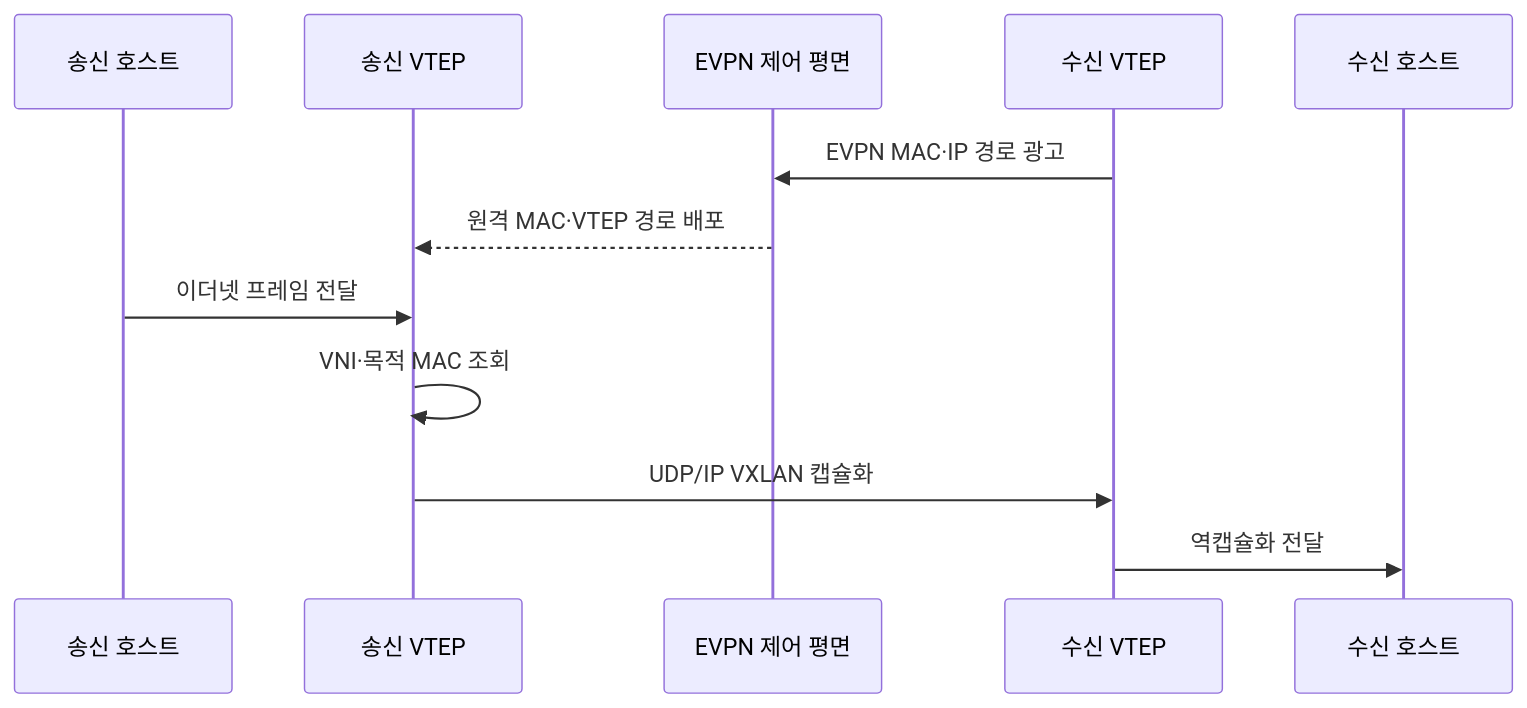
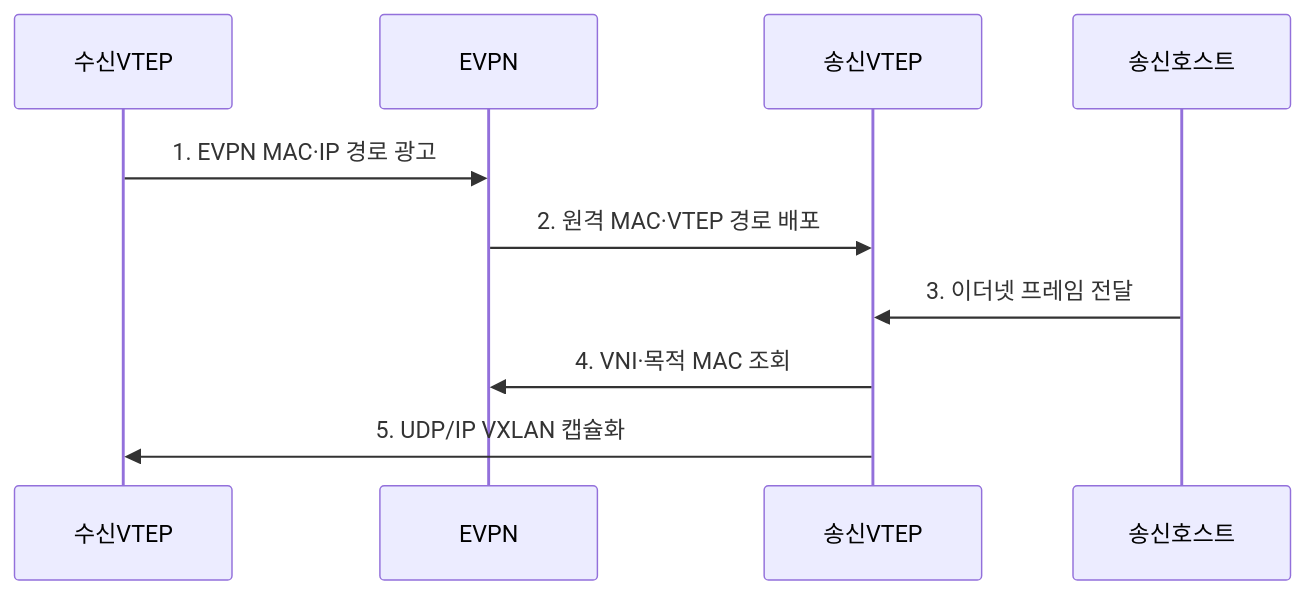
Before and after one commit to agnusdei1207/knowledge-base: the second of 2 diagrams in src/content/docs/notes/04-network/059_vxlan_overlay.md, drawn with Mermaid. The commit also changed other lines of this file and 20 other files, not shown here.

````diff
--- a/src/content/docs/notes/04-network/059_vxlan_overlay.md
+++ b/src/content/docs/notes/04-network/059_vxlan_overlay.md
@@ -92,14 +82,12 @@
 ```mermaid
 sequenceDiagram
-    participant S as 송신 호스트
-    participant V1 as 송신 VTEP
-    participant E as EVPN 제어 평면
-    participant V2 as 수신 VTEP
-    participant D as 수신 호스트
-    V2->>E: EVPN MAC·IP 경로 광고
-    E-->>V1: 원격 MAC·VTEP 경로 배포
-    S->>V1: 이더넷 프레임 전달
-    V1->>V1: VNI·목적 MAC 조회
-    V1->>V2: UDP/IP VXLAN 캡슐화
-    V2->>D: 역캡슐화 전달
+    participant 수신VTEP
+    participant EVPN
+    participant 송신VTEP
+    participant 송신호스트
+    수신VTEP->>EVPN: 1. EVPN MAC·IP 경로 광고
+    EVPN->>송신VTEP: 2. 원격 MAC·VTEP 경로 배포
+    송신호스트->>송신VTEP: 3. 이더넷 프레임 전달
+    송신VTEP->>EVPN: 4. VNI·목적 MAC 조회
+    송신VTEP->>수신VTEP: 5. UDP/IP VXLAN 캡슐화
 ```
````
